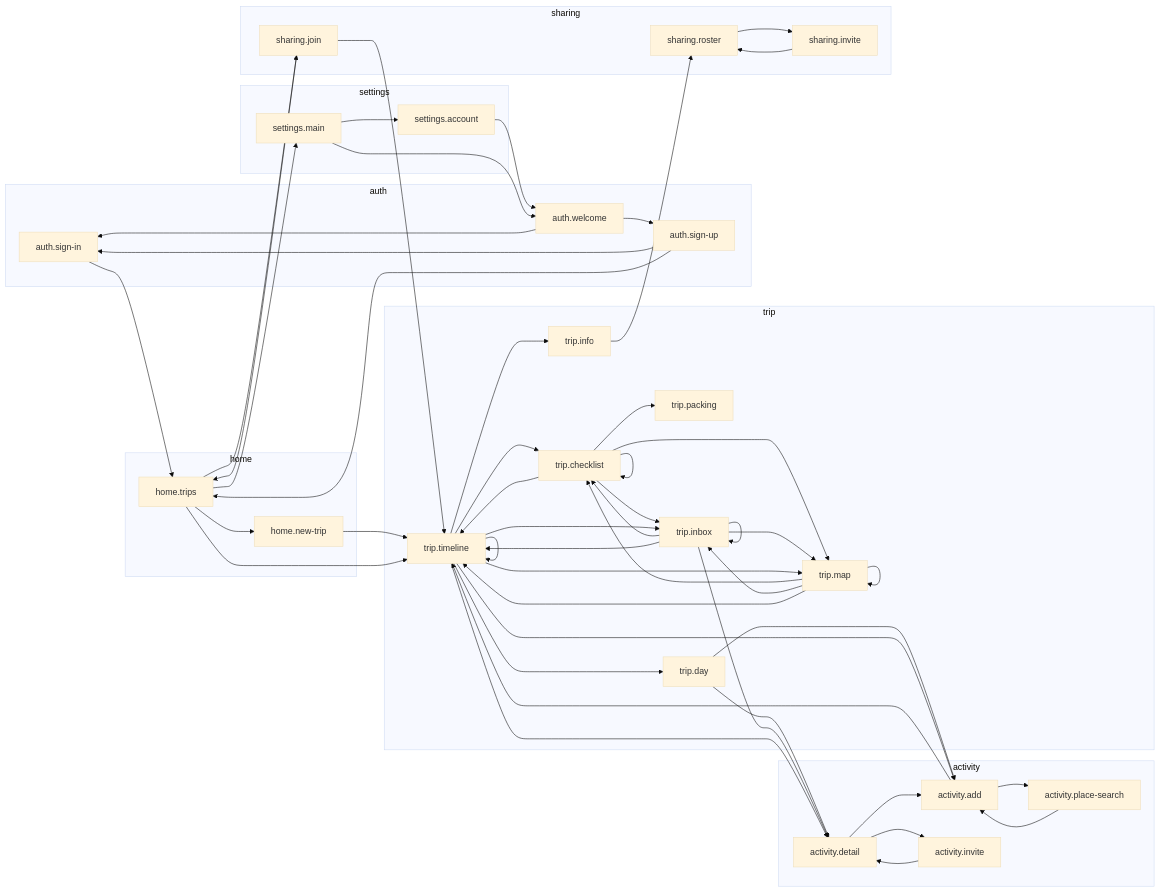
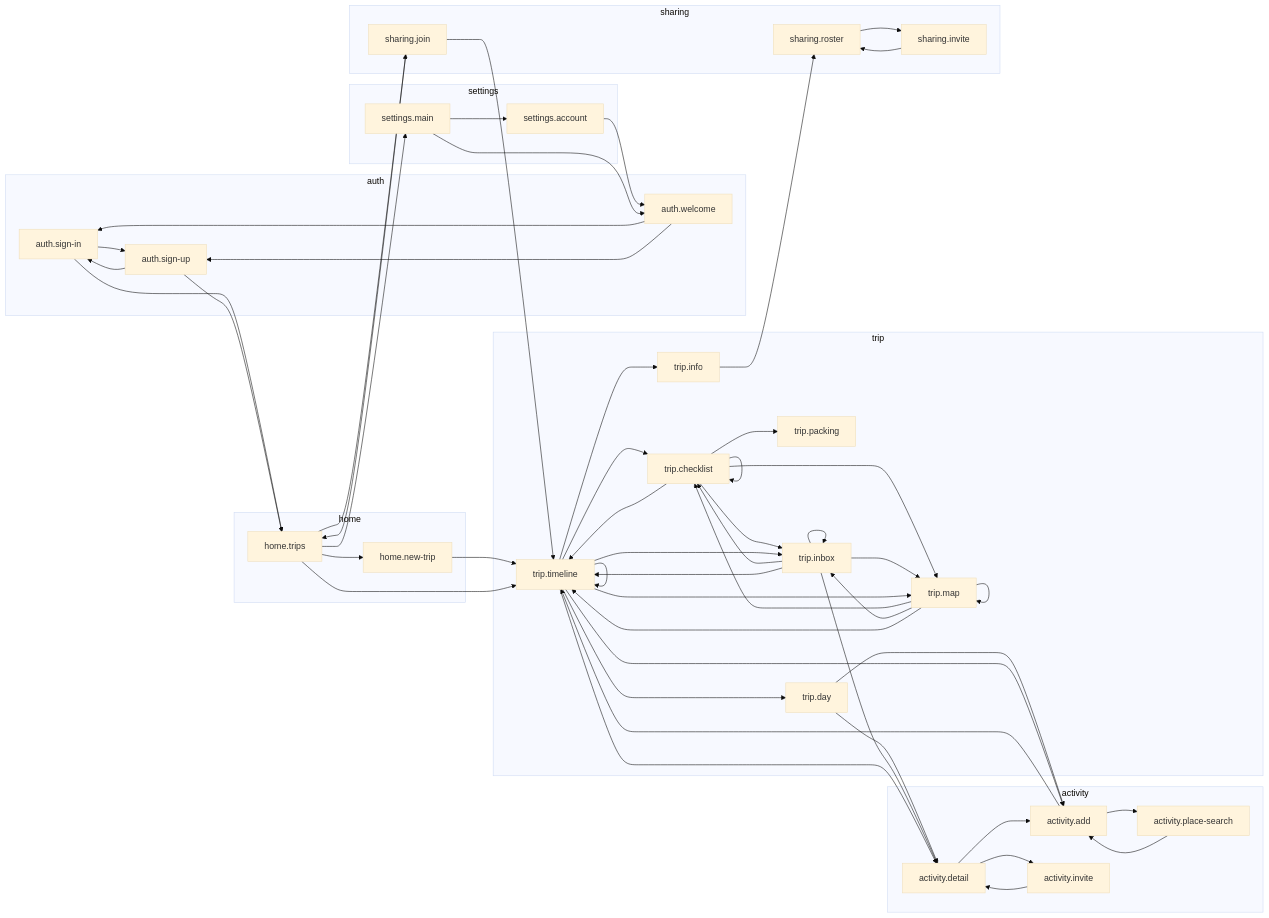
One commit to c65llc/starboard changed the diagram in examples/travel-app/docs/flows/generated/app-map.md. Above: the diagram before and after it, drawn with Mermaid (base theme). The commit also changed 6 other files, not shown here.

```diff
--- a/examples/travel-app/docs/flows/generated/app-map.md
+++ b/examples/travel-app/docs/flows/generated/app-map.md
@@ -43,6 +43,7 @@
   activity_detail --> activity_invite
   activity_invite --> activity_detail
   activity_place__search --> activity_add
+  auth_sign__in --> auth_sign__up
   auth_sign__in --> home_trips
   auth_sign__up --> auth_sign__in
   auth_sign__up --> home_trips
```
